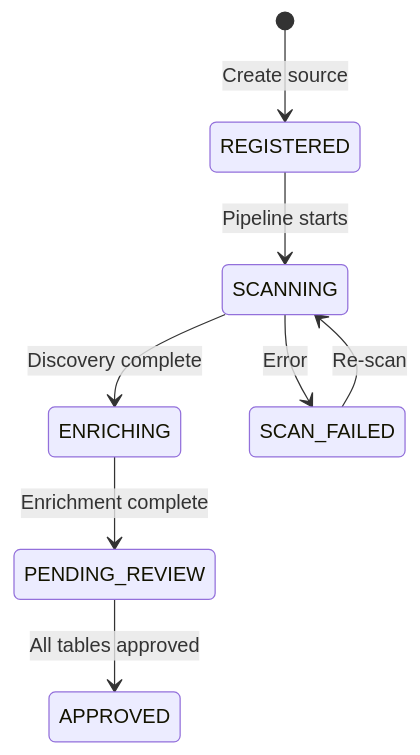
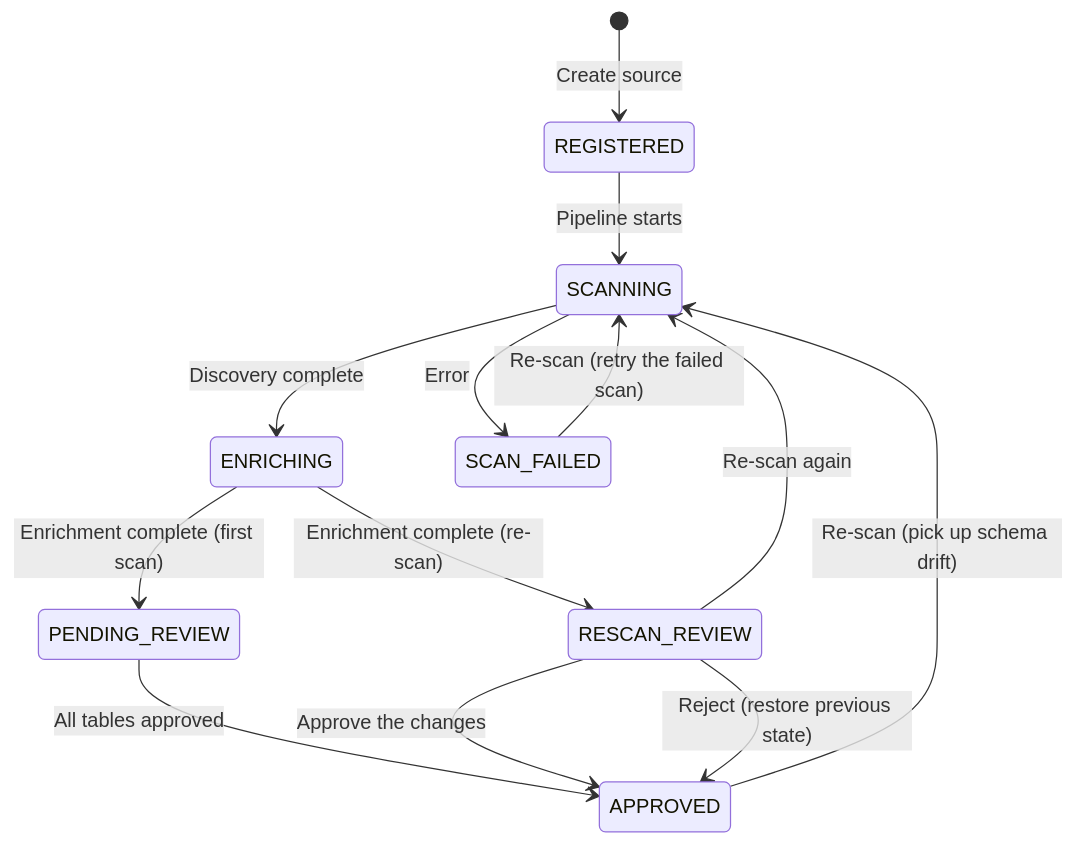
One commit to quixoticmonk/context-ontology-accelerator changed the second of 2 diagrams in external-docs/content/sources.md. Above: the diagram before and after it, drawn with Mermaid. The commit also changed other lines of this file and 17 other files, not shown here.

````diff
--- a/external-docs/content/sources.md
+++ b/external-docs/content/sources.md
@@ -414,10 +414,15 @@
 ```mermaid
 stateDiagram-v2
     [*] --> REGISTERED: Create source
     REGISTERED --> SCANNING: Pipeline starts
     SCANNING --> ENRICHING: Discovery complete
-    ENRICHING --> PENDING_REVIEW: Enrichment complete
+    ENRICHING --> PENDING_REVIEW: Enrichment complete (first scan)
     PENDING_REVIEW --> APPROVED: All tables approved
     SCANNING --> SCAN_FAILED: Error
-    SCAN_FAILED --> SCANNING: Re-scan
+    SCAN_FAILED --> SCANNING: Re-scan (retry the failed scan)
+    APPROVED --> SCANNING: Re-scan (pick up schema drift)
+    ENRICHING --> RESCAN_REVIEW: Enrichment complete (re-scan)
+    RESCAN_REVIEW --> APPROVED: Approve the changes
+    RESCAN_REVIEW --> APPROVED: Reject (restore previous state)
+    RESCAN_REVIEW --> SCANNING: Re-scan again
 ```
````
